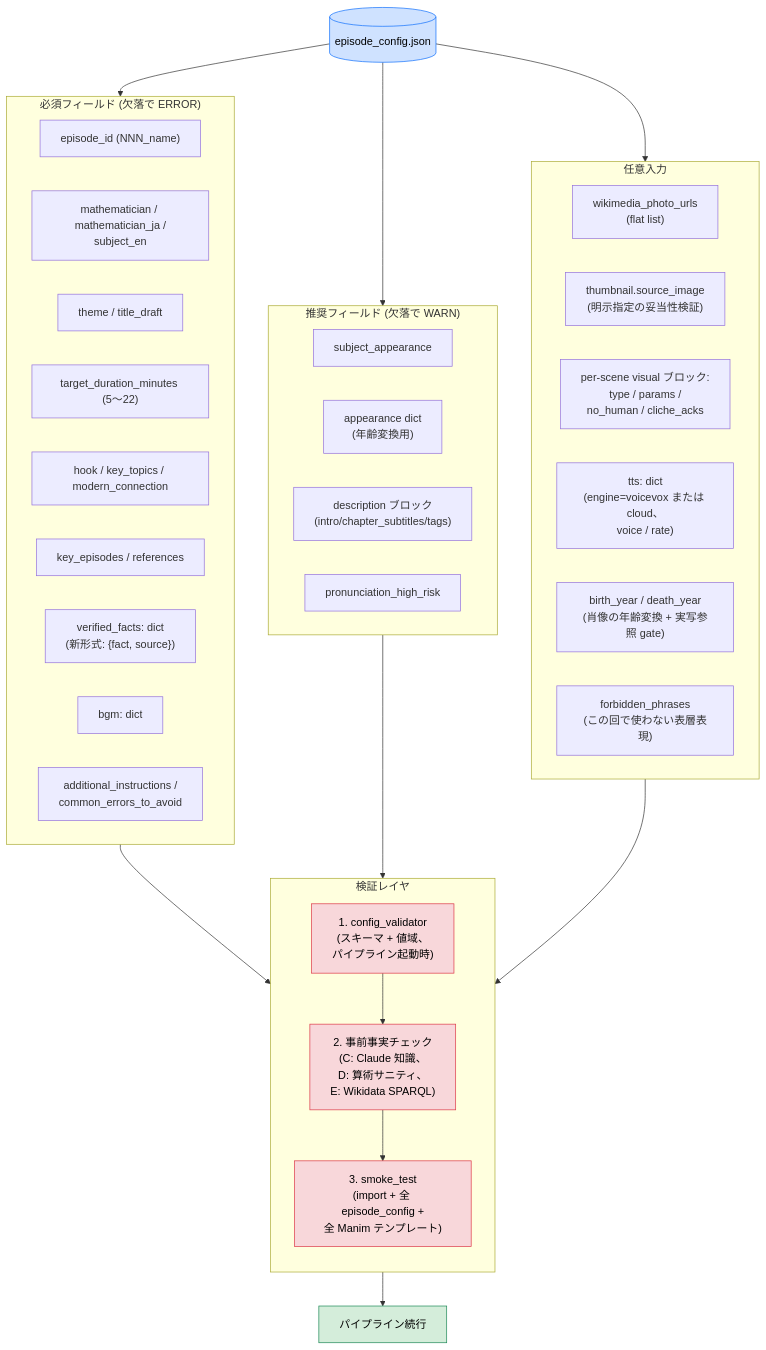
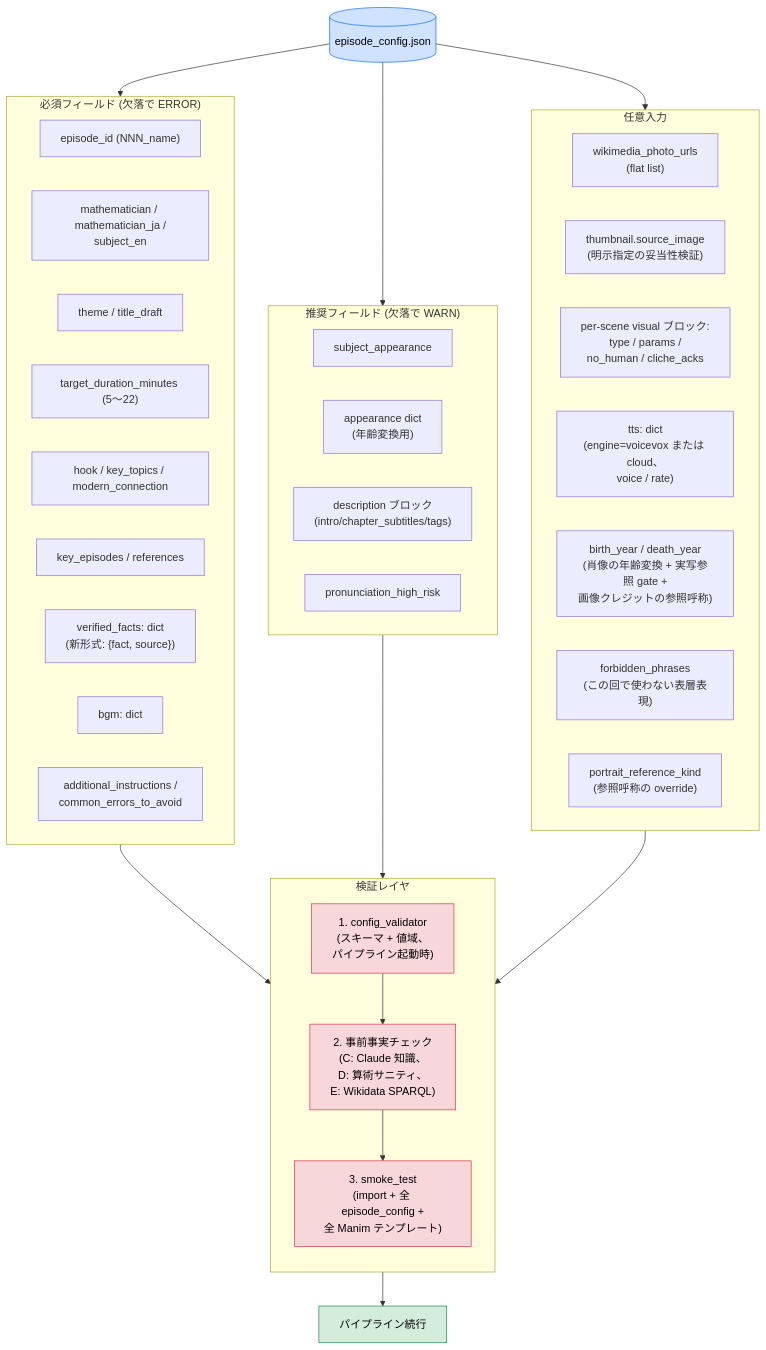
Before and after one commit to sugakushiki/sugakushiki-pipeline: the third of 4 diagrams in docs/architecture.md, drawn with Mermaid. The commit also changed other lines of this file and 27 other files, not shown here.

````diff
--- a/docs/architecture.md
+++ b/docs/architecture.md
@@ -190,55 +204,56 @@
 ```mermaid
 flowchart TB
     cfg[("episode_config.json")]:::inputArtifact
 
     subgraph required["必須フィールド (欠落で ERROR)"]
         direction LR
         req1["episode_id (NNN_name)"]
         req2["mathematician / mathematician_ja /<br/>subject_en"]
         req3["theme / title_draft"]
         req4["target_duration_minutes (5〜22)"]
         req5["hook / key_topics / modern_connection"]
         req6["key_episodes / references"]
         req7["verified_facts: dict<br/>(新形式: {fact, source})"]
         req8["bgm: dict"]
         req9["additional_instructions /<br/>common_errors_to_avoid"]
     end
 
     subgraph recommended["推奨フィールド (欠落で WARN)"]
         direction LR
         rec1["subject_appearance"]
         rec2["appearance dict<br/>(年齢変換用)"]
         rec3["description ブロック<br/>(intro/chapter_subtitles/tags)"]
         rec4["pronunciation_high_risk"]
     end
 
     subgraph optional["任意入力"]
         direction LR
         opt1["wikimedia_photo_urls<br/>(flat list)"]
         opt2["thumbnail.source_image<br/>(明示指定の妥当性検証)"]
         opt3["per-scene visual ブロック:<br/>type / params /<br/>no_human / cliche_acks"]
         opt4["tts: dict<br/>(engine=voicevox または cloud、<br/>voice / rate)"]
-        opt5["birth_year / death_year<br/>(肖像の年齢変換 + 実写参照 gate)"]
+        opt5["birth_year / death_year<br/>(肖像の年齢変換 + 実写参照 gate +<br/>画像クレジットの参照呼称)"]
         opt6["forbidden_phrases<br/>(この回で使わない表層表現)"]
+        opt7["portrait_reference_kind<br/>(参照呼称の override)"]
     end
 
     subgraph validation["検証レイヤ"]
         direction TB
         v1["1. config_validator<br/>(スキーマ + 値域、<br/>パイプライン起動時)"]:::guard
         v2["2. 事前事実チェック<br/>(C: Claude 知識、<br/>D: 算術サニティ、<br/>E: Wikidata SPARQL)"]:::guard
         v3["3. smoke_test<br/>(import + 全 episode_config +<br/>全 Manim テンプレート)"]:::guard
         v1 --> v2 --> v3
     end
 
     cfg --> required
     cfg --> recommended
     cfg --> optional
     required --> validation
     recommended --> validation
     optional --> validation
     validation --> pipeline_ok["パイプライン続行"]:::ok
 
     classDef inputArtifact fill:#cfe2ff,stroke:#0d6efd,color:#000
     classDef guard fill:#f8d7da,stroke:#dc3545,color:#000
     classDef ok fill:#d4edda,stroke:#198754,color:#000
 ```
````
